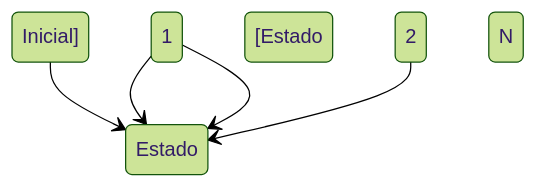
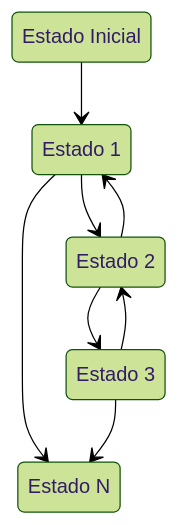
One commit to lasarojc/ds_notes changed the first of 2 diagrams in docs/intro/index.md. Above: the diagram before and after it, drawn with Mermaid (forest theme).

Commit message:
state machine

````diff
--- a/docs/intro/index.md
+++ b/docs/intro/index.md
@@ -288,7 +288,16 @@
 ```mermaid
 stateDiagram
-    [Estado Inicial] --> Estado 1
-    Estado 1 --> Estado 2
-    Estado 2 --> Estado 1
-    Estado 1 --> Estado N
+    ei: Estado Inicial
+    e1: Estado 1
+    e2: Estado 2
+    e3: Estado 3
+    en: Estado N
+
+    ei --> e1
+    e1 --> e2
+    e2 --> e1
+    e2 --> e3
+    e3 --> e2
+    e1 --> en
+    e3 --> en
 ```
````
